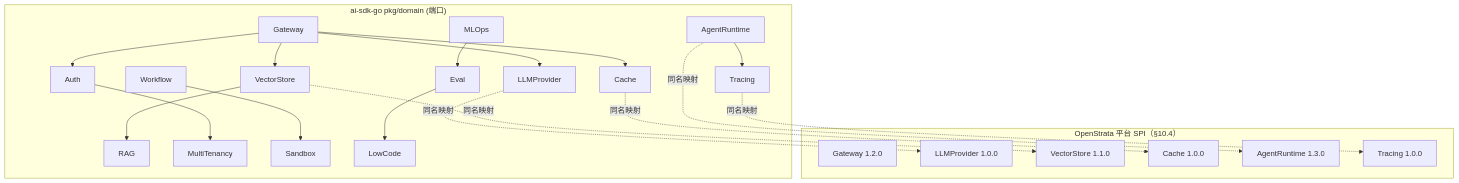
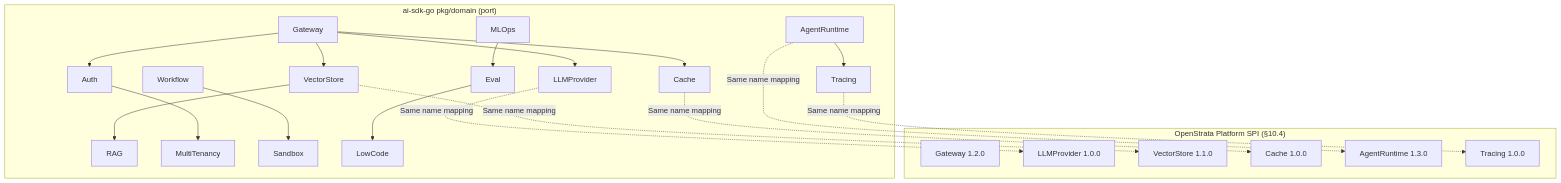
The third of 4 diagrams in design/DESIGN.md (open-strata-ai/ai-sdk-go), drawn with Mermaid before and after one commit. The commit also changed other lines of this file and 10 other files, not shown here.

````diff
--- a/design/DESIGN.md
+++ b/design/DESIGN.md
@@ -339,22 +339,22 @@
 ```mermaid
 graph TB
-    subgraph "ai-sdk-go pkg/domain (端口)"
+    subgraph "ai-sdk-go pkg/domain (port)"
         G["Gateway"] --> LP["LLMProvider"]
         G --> VS["VectorStore"] --> RAG["RAG"]
         G --> CA["Cache"]
         AR["AgentRuntime"] --> T["Tracing"]
         G --> AUTH["Auth"] --> MT["MultiTenancy"]
         WF["Workflow"] --> SB["Sandbox"]
         ML["MLOps"] --> EV["Eval"] --> LC["LowCode"]
     end
-    subgraph "OpenStrata 平台 SPI（§10.4）"
+    subgraph "OpenStrata Platform SPI (§10.4)"
         PG["Gateway 1.2.0"]; PLP["LLMProvider 1.0.0"]
         PVS["VectorStore 1.1.0"]; PCA["Cache 1.0.0"]
         PAR["AgentRuntime 1.3.0"]; PTR["Tracing 1.0.0"]
     end
-    LP -.->|"同名映射"| PLP
-    VS -.->|"同名映射"| PVS
-    CA -.->|"同名映射"| PCA
-    AR -.->|"同名映射"| PAR
-    T  -.->|"同名映射"| PTR
+    LP -.->|"Same name mapping"| PLP
+    VS -.->|"Same name mapping"| PVS
+    CA -.->|"Same name mapping"| PCA
+    AR -.->|"Same name mapping"| PAR
+    T  -.->|"Same name mapping"| PTR
 ```
````
